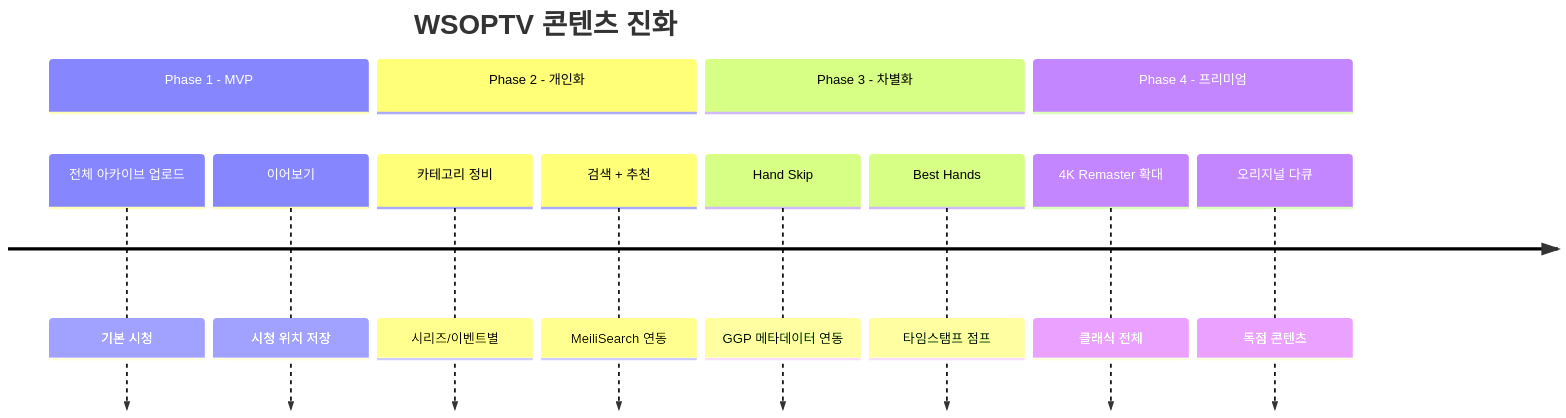
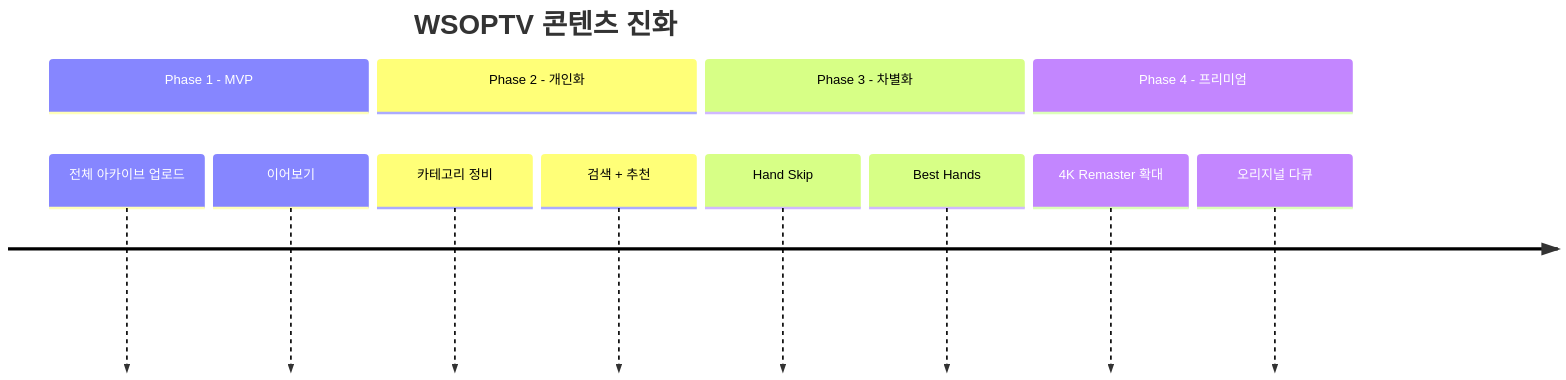
One commit to garimto81/wsoptv_v2 changed the sixth of 7 diagrams in tasks/prds/0010-prd-wsoptv/03-content-strategy.md. Above: the diagram before and after it, drawn with Mermaid. The commit also changed other lines of this file, not shown here.

````diff
--- a/tasks/prds/0010-prd-wsoptv/03-content-strategy.md
+++ b/tasks/prds/0010-prd-wsoptv/03-content-strategy.md
@@ -303,16 +353,16 @@
 ```mermaid
 timeline
     title WSOPTV 콘텐츠 진화
     section Phase 1 - MVP
-        전체 아카이브 업로드 : 기본 시청
-        이어보기 : 시청 위치 저장
+        전체 아카이브 업로드
+        이어보기
     section Phase 2 - 개인화
-        카테고리 정비 : 시리즈/이벤트별
-        검색 + 추천 : MeiliSearch 연동
+        카테고리 정비
+        검색 + 추천
     section Phase 3 - 차별화
-        Hand Skip : GGP 메타데이터 연동
-        Best Hands : 타임스탬프 점프
+        Hand Skip
+        Best Hands
     section Phase 4 - 프리미엄
-        4K Remaster 확대 : 클래식 전체
-        오리지널 다큐 : 독점 콘텐츠
+        4K Remaster 확대
+        오리지널 다큐
 ```
````
